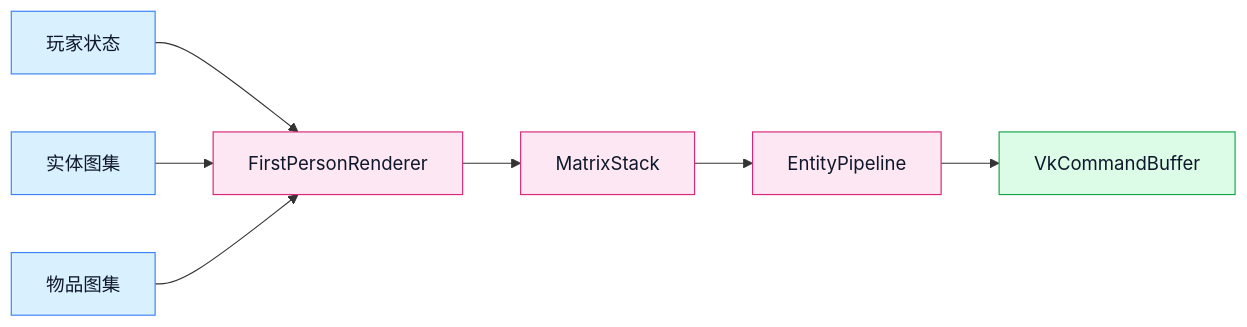
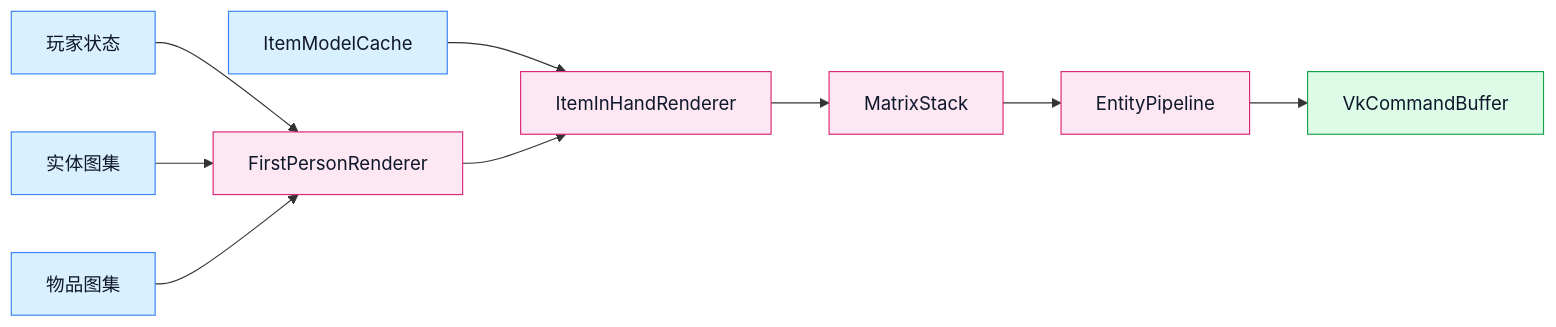
Before and after one commit to g122622/Cubium: the diagram in src/client/renderer/trident/firstperson/README.md, drawn with Mermaid. The commit also changed other lines of this file and 5 other files, not shown here.

First line of the commit message:
feat(renderer): 集成 ItemInHandRenderer 到 FirstPersonRenderer

````diff
--- a/src/client/renderer/trident/firstperson/README.md
+++ b/src/client/renderer/trident/firstperson/README.md
@@ -249,17 +293,19 @@
 ```mermaid
 flowchart LR
     A[玩家状态] --> B[FirstPersonRenderer]
     C[实体图集] --> B
     D[物品图集] --> B
-    B --> E[MatrixStack]
-    E --> F[EntityPipeline]
-    F --> G[VkCommandBuffer]
+    E[ItemModelCache] --> F[ItemInHandRenderer]
+    B --> F
+    F --> G[MatrixStack]
+    G --> H[EntityPipeline]
+    H --> I[VkCommandBuffer]
 
     classDef input fill:#d9f0ff,stroke:#3b82f6,color:#0f172a;
     classDef core fill:#fce7f3,stroke:#db2777,color:#0f172a;
     classDef output fill:#dcfce7,stroke:#16a34a,color:#0f172a;
 
-    class A,C,D input;
-    class B,E,F core;
-    class G output;
+    class A,C,D,E input;
+    class B,F,G,H core;
+    class I output;
 ```
````
